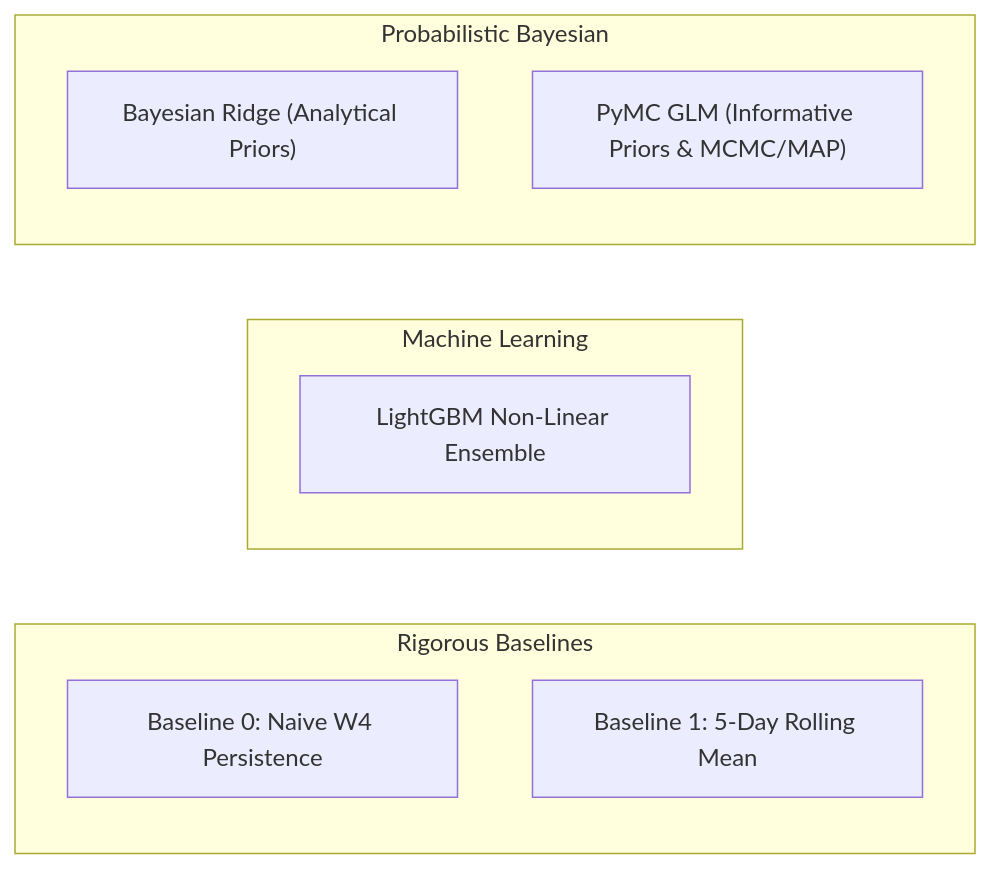
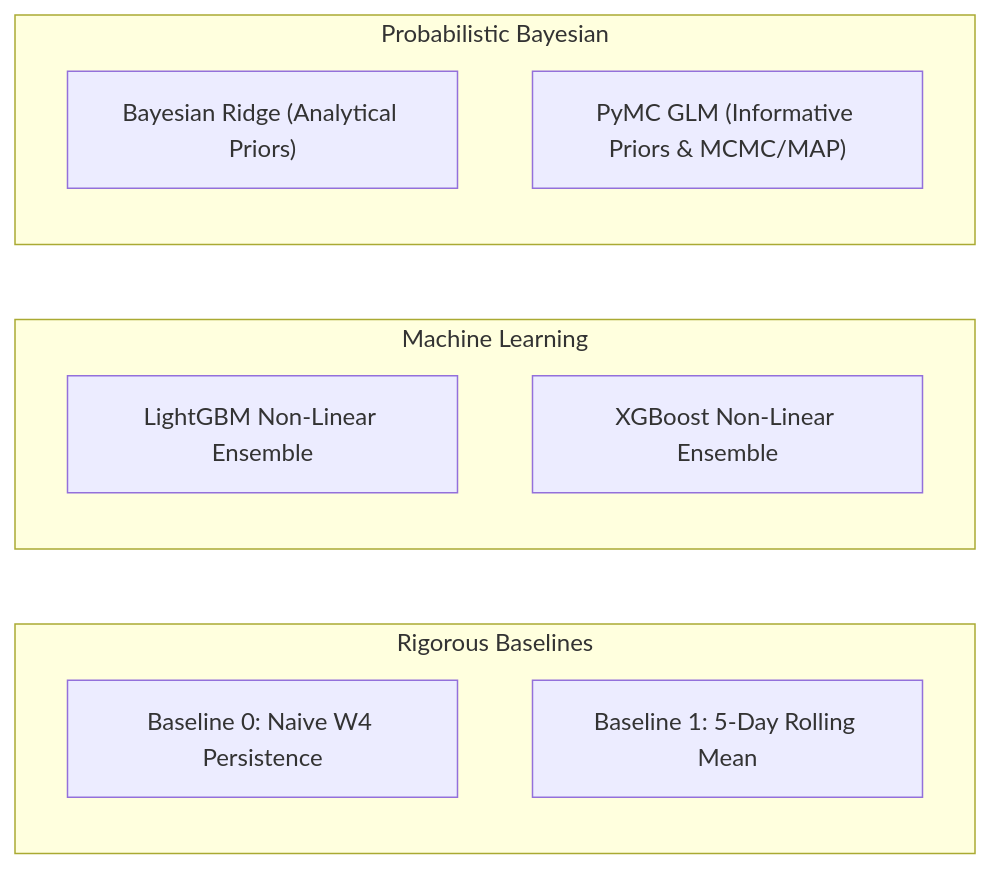
One commit to ozy-mdk/mdk-trade-oracle changed the diagram in .agents/skills/mdk-institutional-flow-analysis/SKILL.md. Above: the diagram before and after it, drawn with Mermaid. The commit also changed other lines of this file and 11 other files, not shown here.

````diff
--- a/.agents/skills/mdk-institutional-flow-analysis/SKILL.md
+++ b/.agents/skills/mdk-institutional-flow-analysis/SKILL.md
@@ -91,14 +91,15 @@
 ```mermaid
 flowchart LR
     subgraph Baselines["Rigorous Baselines"]
         B0["Baseline 0: Naive W4 Persistence"]
         B1["Baseline 1: 5-Day Rolling Mean"]
     end
     subgraph ML["Machine Learning"]
         LGB["LightGBM Non-Linear Ensemble"]
+        XGB["XGBoost Non-Linear Ensemble"]
     end
     subgraph Bayesian["Probabilistic Bayesian"]
         BR["Bayesian Ridge (Analytical Priors)"]
         PyMC["PyMC GLM (Informative Priors & MCMC/MAP)"]
     end
 ```
````
